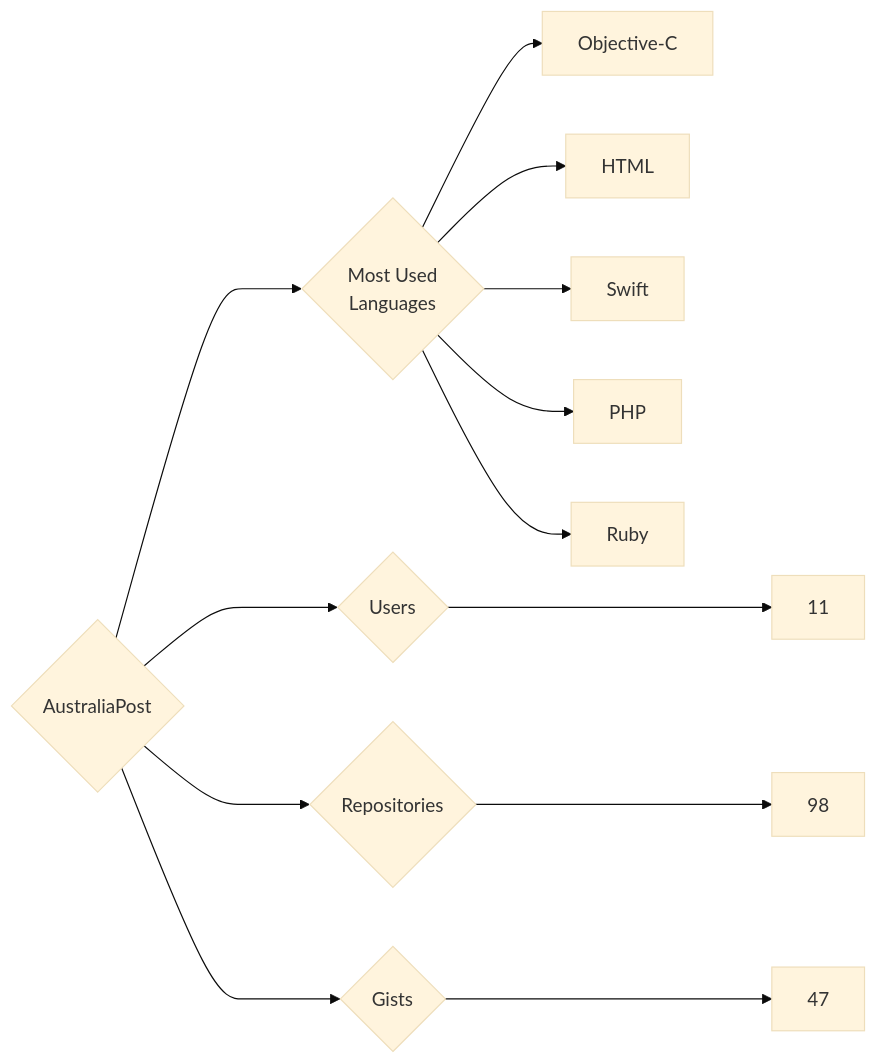
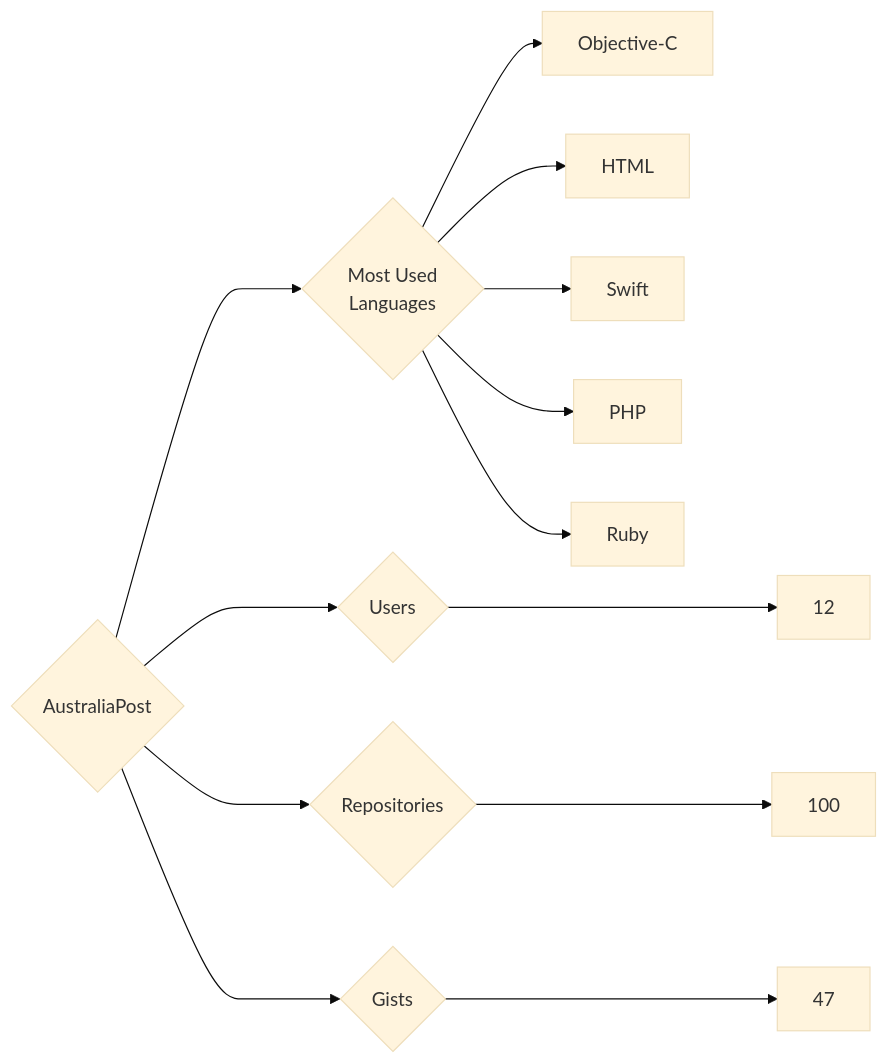
One commit to trickest/insiders changed the diagram in targets/AustraliaPost/README.md. Above: the diagram before and after it, drawn with Mermaid (base theme). The commit also changed 1238 other files, not shown here.

````diff
--- a/targets/AustraliaPost/README.md
+++ b/targets/AustraliaPost/README.md
@@ -3,13 +3,13 @@
 ```mermaid
 graph LR
 COMPANY_NAME{AustraliaPost}
-COMPANY_NAME ---> U{Users} ---> UN[11]
-COMPANY_NAME ---> R{Repositories} ---> RN[98]
+COMPANY_NAME ---> U{Users} ---> UN[12]
+COMPANY_NAME ---> R{Repositories} ---> RN[100]
 COMPANY_NAME ---> G{Gists} ---> GN[47]
 COMPANY_NAME ---> ML{Most Used<br>Languages}
 ML --> Objective-C[Objective-C]
 ML --> HTML[HTML]
 ML --> Swift[Swift]
 ML --> PHP[PHP]
 ML --> Ruby[Ruby]
 ```
````
